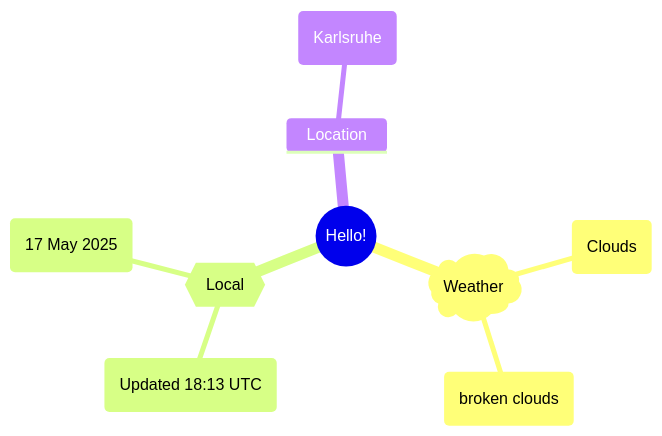
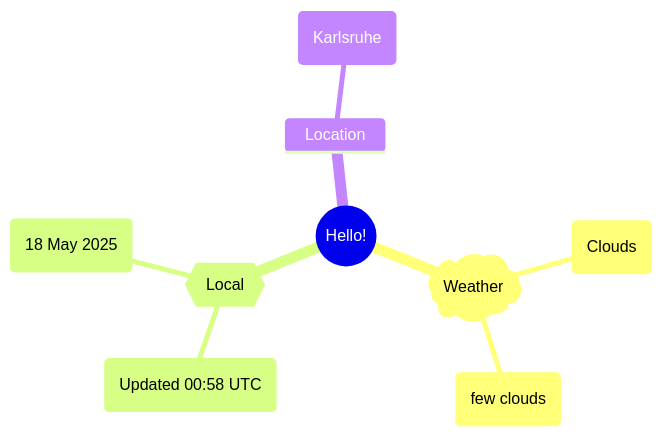
Before and after one commit to Xosrov/Xosrov: the first of 2 diagrams in README.md, drawn with Mermaid.

Commit message:
[bot] updated images

````diff
--- a/README.md
+++ b/README.md
@@ -3,12 +3,12 @@
 ```mermaid
 mindmap
   root((Hello!))
     )Weather(
         (Clouds)
-        (broken clouds)
+        (few clouds)
     {{Local}}
-        (Updated 18:13 UTC)
-        (17 May 2025)
+        (Updated 00:58 UTC)
+        (18 May 2025)
     Location
         (Karlsruhe)
 ```
````
